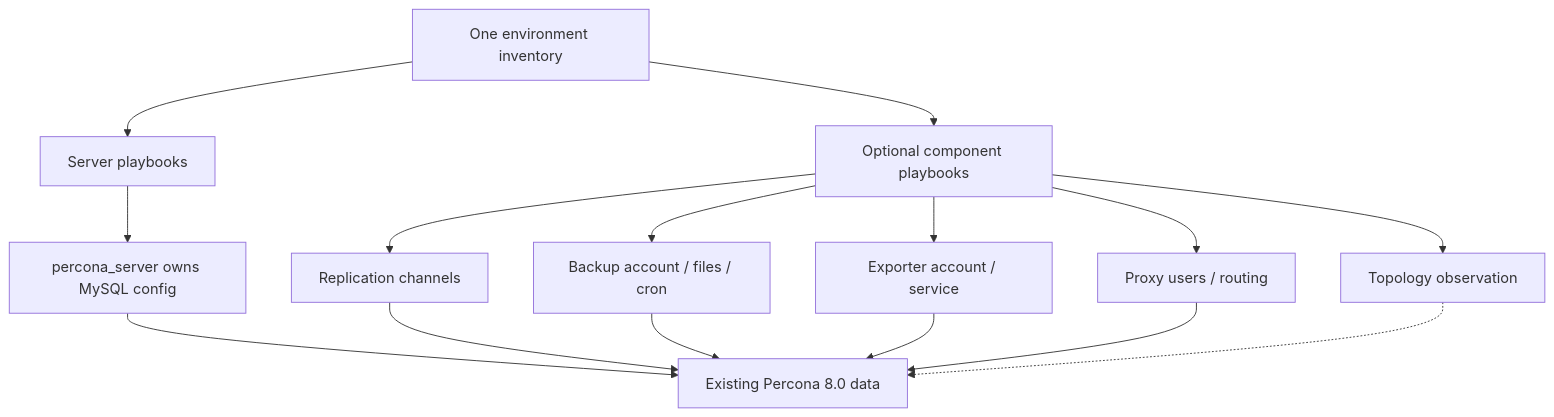
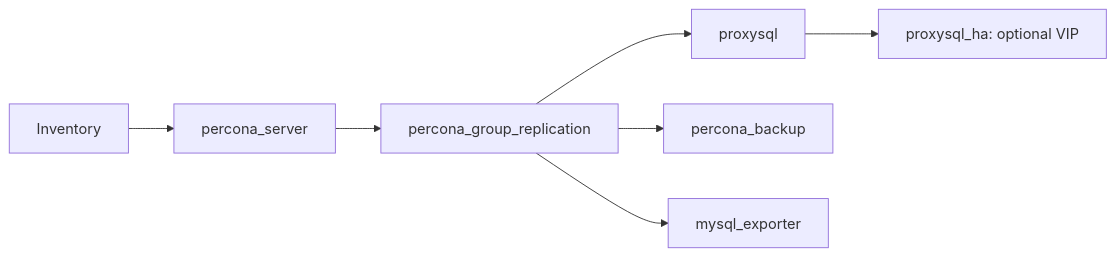
The diagram in docs/architecture.md (OT-OSM/percona_server), drawn with Mermaid before and after one commit. The commit also changed other lines of this file and 159 other files, not shown here.

````diff
--- a/docs/architecture.md
+++ b/docs/architecture.md
@@ -3,17 +3,9 @@
 ```mermaid
-flowchart TB
-  I[One environment inventory] --> S[Server playbooks]
-  I --> A[Optional component playbooks]
-  S --> C[percona_server owns MySQL config]
-  A --> R[Replication channels]
-  A --> B[Backup account / files / cron]
-  A --> M[Exporter account / service]
-  A --> P[Proxy users / routing]
-  A --> O[Topology observation]
-  C --> DB[Existing Percona 8.0 data]
-  R --> DB
-  B --> DB
-  M --> DB
-  P --> DB
-  O -.-> DB
+flowchart LR
+  I[Inventory] --> S[percona_server]
+  S --> GR[percona_group_replication]
+  GR --> P[proxysql]
+  P --> VIP[proxysql_ha: optional VIP]
+  GR --> B[percona_backup]
+  GR --> E[mysql_exporter]
 ```
````
